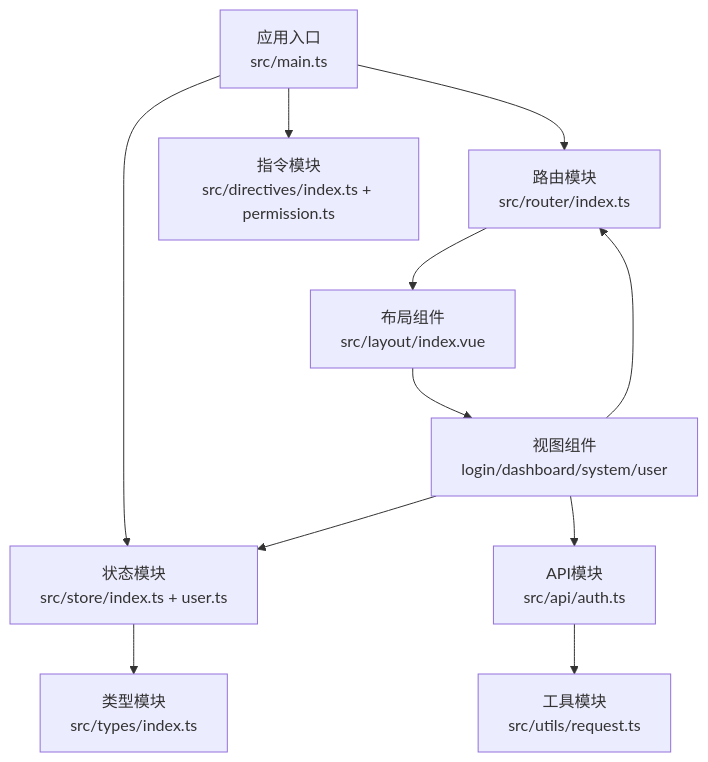
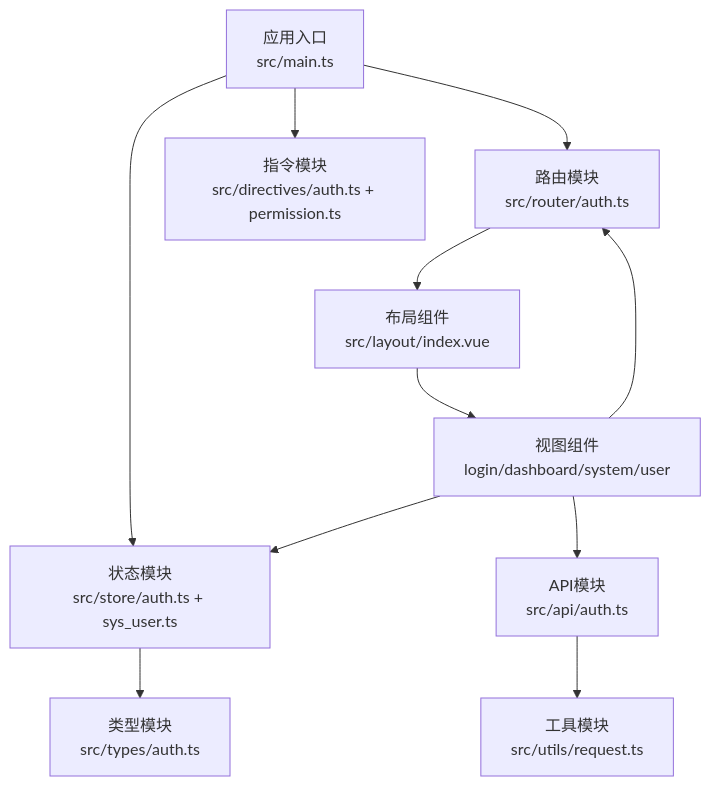
Before and after one commit to qiseyun/vue-ts-admin: the second of 6 diagrams in .qoder/repowiki/zh/content/架构设计/模块架构.md, drawn with Mermaid. The commit also changed other lines of this file and 42 other files, not shown here.

````diff
--- a/.qoder/repowiki/zh/content/架构设计/模块架构.md
+++ b/.qoder/repowiki/zh/content/架构设计/模块架构.md
@@ -154,13 +154,13 @@
 ```mermaid
 graph TB
-APP["应用入口<br/>src/main.ts"] --> ROUTER["路由模块<br/>src/router/index.ts"]
-APP --> STORE["状态模块<br/>src/store/index.ts + user.ts"]
-APP --> DIRECTIVES["指令模块<br/>src/directives/index.ts + permission.ts"]
+APP["应用入口<br/>src/main.ts"] --> ROUTER["路由模块<br/>src/router/auth.ts"]
+APP --> STORE["状态模块<br/>src/store/auth.ts + sys_user.ts"]
+APP --> DIRECTIVES["指令模块<br/>src/directives/auth.ts + permission.ts"]
 ROUTER --> LAYOUT["布局组件<br/>src/layout/index.vue"]
 LAYOUT --> VIEWS["视图组件<br/>login/dashboard/system/user"]
-STORE --> TYPES["类型模块<br/>src/types/index.ts"]
+STORE --> TYPES["类型模块<br/>src/types/auth.ts"]
 VIEWS --> STORE
 VIEWS --> ROUTER
 API["API模块<br/>src/api/auth.ts"] --> UTILS["工具模块<br/>src/utils/request.ts"]
 VIEWS --> API
 ```
````
